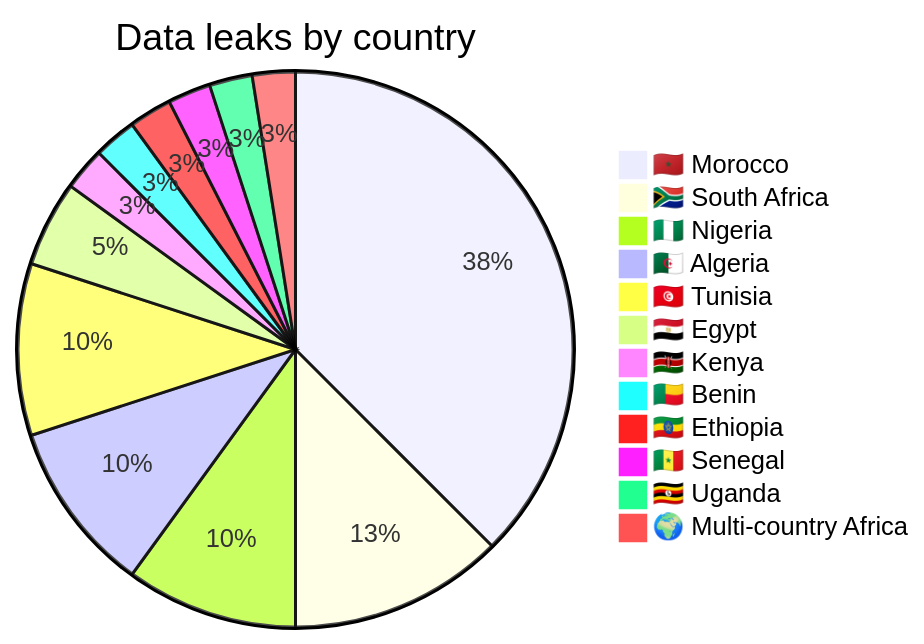
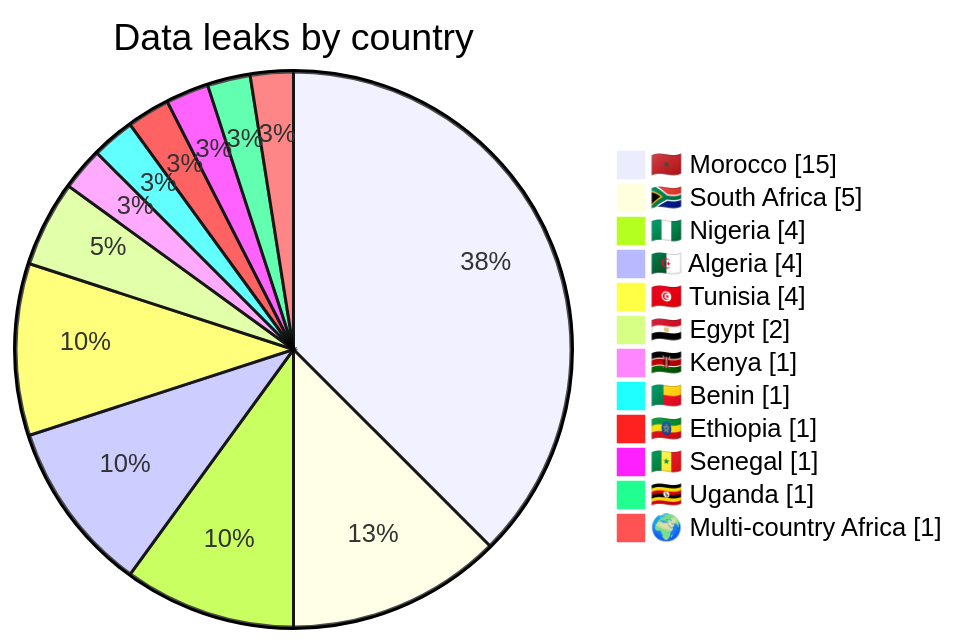
One commit to Hatchepsoute/AFRINTEL changed the third of 5 diagrams in reports/2026/04-april/README.md. Above: the diagram before and after it, drawn with Mermaid. The commit also changed other lines of this file, not shown here.

Commit message:
Rapport CTI Avril 2026

````diff
--- a/reports/2026/04-april/README.md
+++ b/reports/2026/04-april/README.md
@@ -172,16 +172,16 @@
 ```mermaid
-pie
+pie showData
     title Data leaks by country 
     "🇲🇦 Morocco" : 15
     "🇿🇦 South Africa" : 5
     "🇳🇬 Nigeria" : 4
     "🇩🇿 Algeria" : 4
     "🇹🇳 Tunisia" : 4
     "🇪🇬 Egypt" : 2
     "🇰🇪 Kenya" : 1
     "🇧🇯 Benin" : 1
     "🇪🇹 Ethiopia" : 1
     "🇸🇳 Senegal" : 1
     "🇺🇬 Uganda" : 1
     "🌍 Multi-country Africa" : 1
 ```
````
